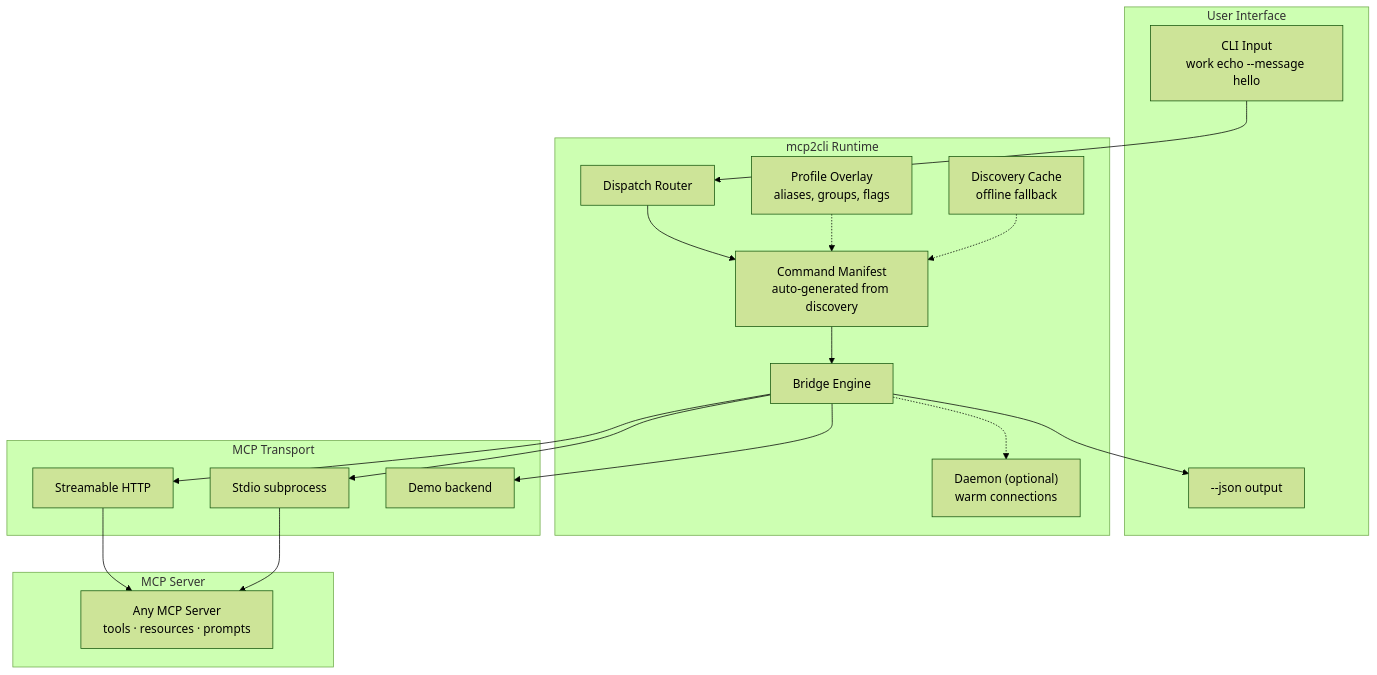
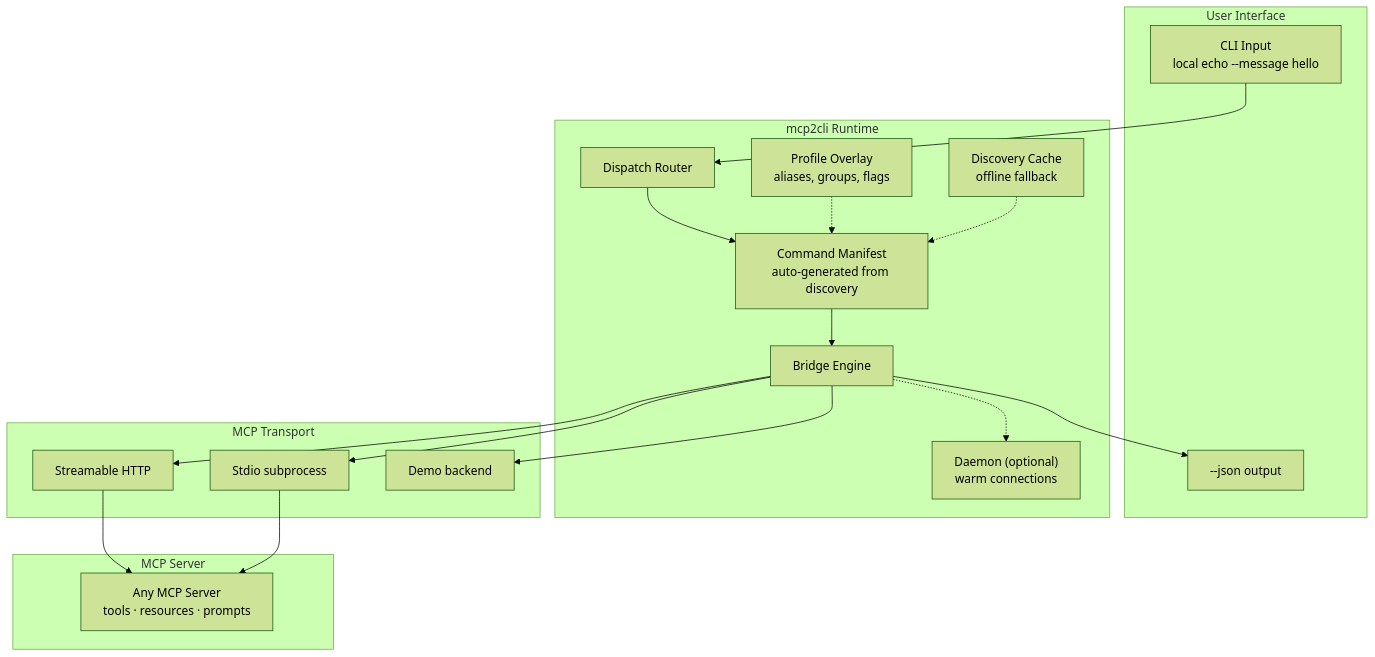
Before and after one commit to mcp2cli/source-code: the diagram in docs/index.md, drawn with Mermaid (forest theme). The commit also changed other lines of this file and 31 other files, not shown here.

````diff
--- a/docs/index.md
+++ b/docs/index.md
@@ -29,39 +29,39 @@
 ```mermaid
 graph TB
     subgraph "User Interface"
-        CLI["CLI Input<br/>work echo --message hello"]
+        CLI["CLI Input<br/>local echo --message hello"]
         JSON["--json output"]
     end
 
     subgraph "mcp2cli Runtime"
         DISPATCH["Dispatch Router"]
         MANIFEST["Command Manifest<br/>auto-generated from discovery"]
         BRIDGE["Bridge Engine"]
         PROFILE["Profile Overlay<br/>aliases, groups, flags"]
         CACHE["Discovery Cache<br/>offline fallback"]
         DAEMON["Daemon (optional)<br/>warm connections"]
     end
 
     subgraph "MCP Transport"
         HTTP["Streamable HTTP"]
         STDIO["Stdio subprocess"]
         DEMO["Demo backend"]
     end
 
     subgraph "MCP Server"
         SERVER["Any MCP Server<br/>tools · resources · prompts"]
     end
 
     CLI --> DISPATCH
     DISPATCH --> MANIFEST
     MANIFEST --> BRIDGE
     PROFILE -.-> MANIFEST
     CACHE -.-> MANIFEST
     BRIDGE --> HTTP
     BRIDGE --> STDIO
     BRIDGE --> DEMO
     BRIDGE -.-> DAEMON
     HTTP --> SERVER
     STDIO --> SERVER
     BRIDGE --> JSON
 ```
````
